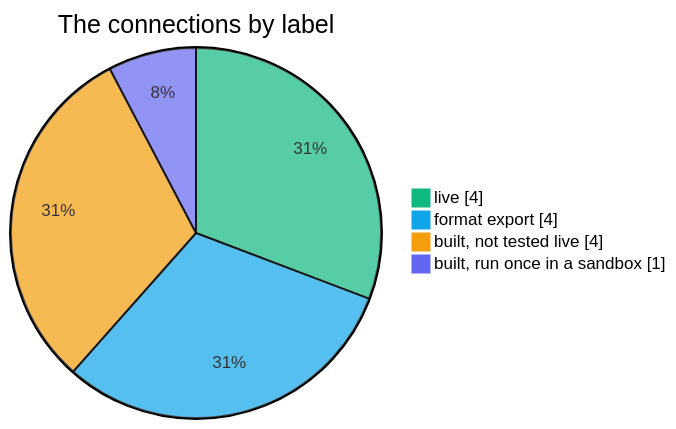
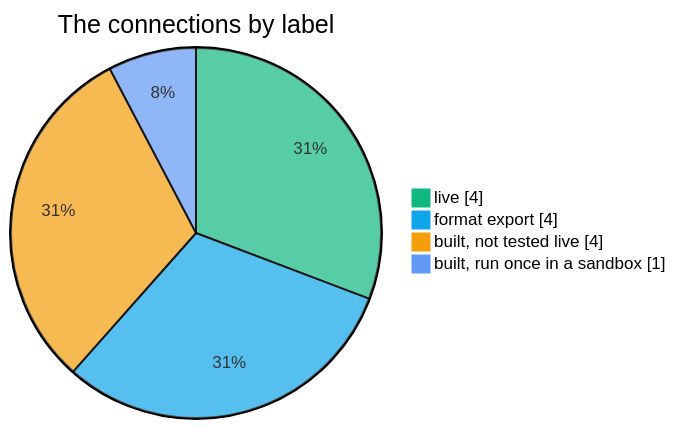
Before and after one commit to agamemnon-coder/x402-business-agents: the second of 2 diagrams in docs/connections.md, drawn with Mermaid. The commit also changed other lines of this file and 184 other files, not shown here.

````diff
--- a/docs/connections.md
+++ b/docs/connections.md
@@ -52,9 +52,9 @@
 ```mermaid
-%%{init: {"themeVariables": {"pie1": "#10b981", "pie2": "#0ea5e9", "pie3": "#f59e0b", "pie4": "#6366f1"}}}%%
+%%{init: {"themeVariables": {"pie1": "#10b981", "pie2": "#0ea5e9", "pie3": "#f59e0b", "pie4": "#6099f4"}}}%%
 pie showData
   title The connections by label
   "live" : 4
   "format export" : 4
   "built, not tested live" : 4
   "built, run once in a sandbox" : 1
 ```
````
